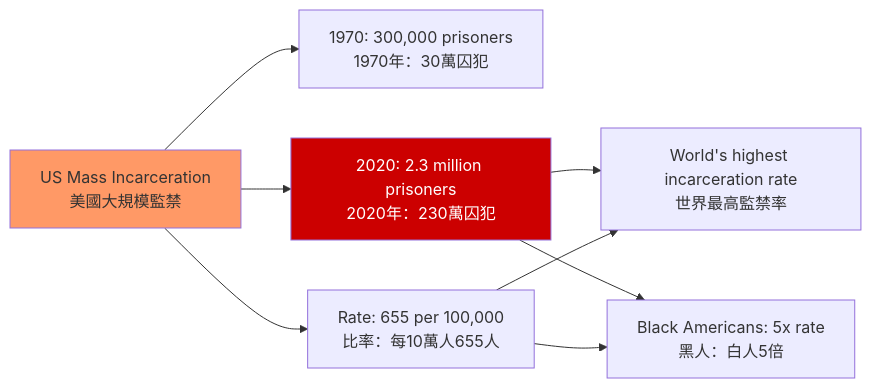
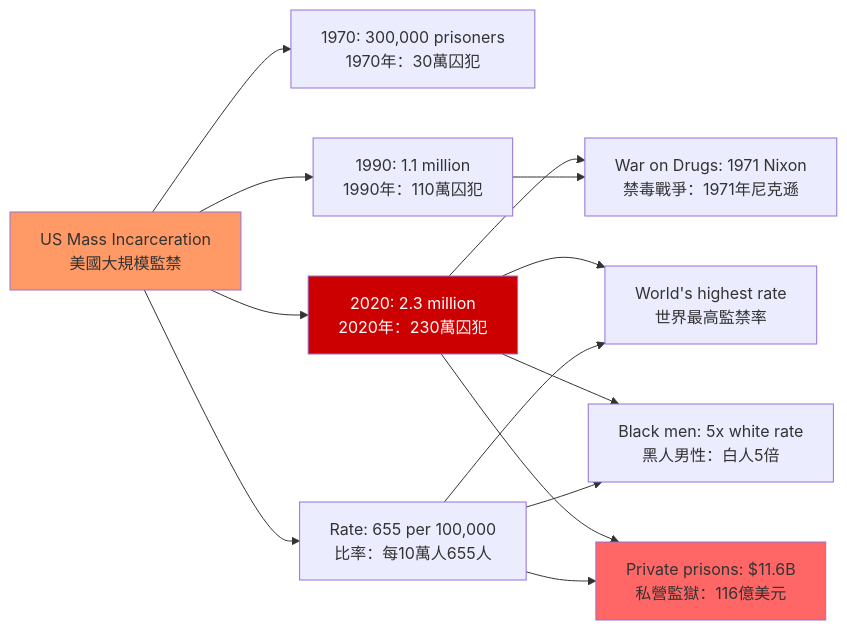
The second of 5 diagrams in 01_HKU_Courses/HIST2225_Global_History_of_Prisons.md (yip-lgtm/HKU-Harvard-History-Self-Study), drawn with Mermaid before and after one commit. The commit also changed other lines of this file and 22 other files, not shown here.

````diff
--- a/01_HKU_Courses/HIST2225_Global_History_of_Prisons.md
+++ b/01_HKU_Courses/HIST2225_Global_History_of_Prisons.md
@@ -93,15 +218,23 @@
 ```mermaid
 graph LR
     A[US Mass Incarceration<br/>美國大規模監禁] --> B[1970: 300,000 prisoners<br/>1970年：30萬囚犯]
-    A --> C[2020: 2.3 million prisoners<br/>2020年：230萬囚犯]
-    A --> D[Rate: 655 per 100,000<br/>比率：每10萬人655人]
+    A --> C[1990: 1.1 million<br/>1990年：110萬囚犯]
+    A --> D[2020: 2.3 million<br/>2020年：230萬囚犯]
+    A --> E[Rate: 655 per 100,000<br/>比率：每10萬人655人]
     
-    C --> E[World's highest incarceration rate<br/>世界最高監禁率]
-    D --> E
+    D --> D1[World's highest rate<br/>世界最高監禁率]
+    E --> D1
     
-    C --> F[Black Americans: 5x rate<br/>黑人：白人5倍]
-    D --> F
+    D --> F[Black men: 5x white rate<br/>黑人男性：白人5倍]
+    E --> F
+    
+    D --> G[Private prisons: $11.6B<br/>私營監獄：116億美元]
+    E --> G
+    
+    D --> H[War on Drugs: 1971 Nixon<br/>禁毒戰爭：1971年尼克遜]
+    C --> H
     
     style A fill:#f96
-    style C fill:#c00,color:#fff
+    style D fill:#c00,color:#fff
+    style G fill:#f66
 ```
````
